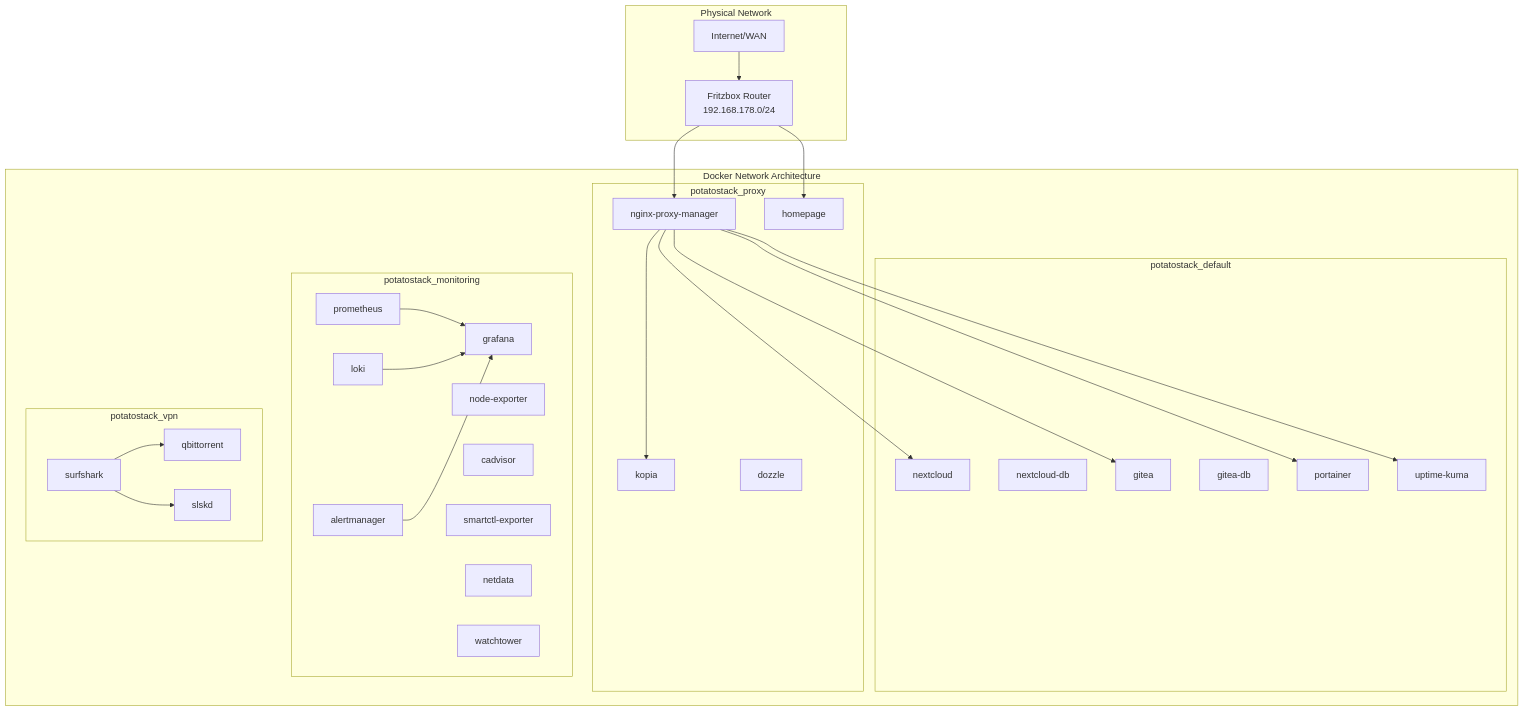
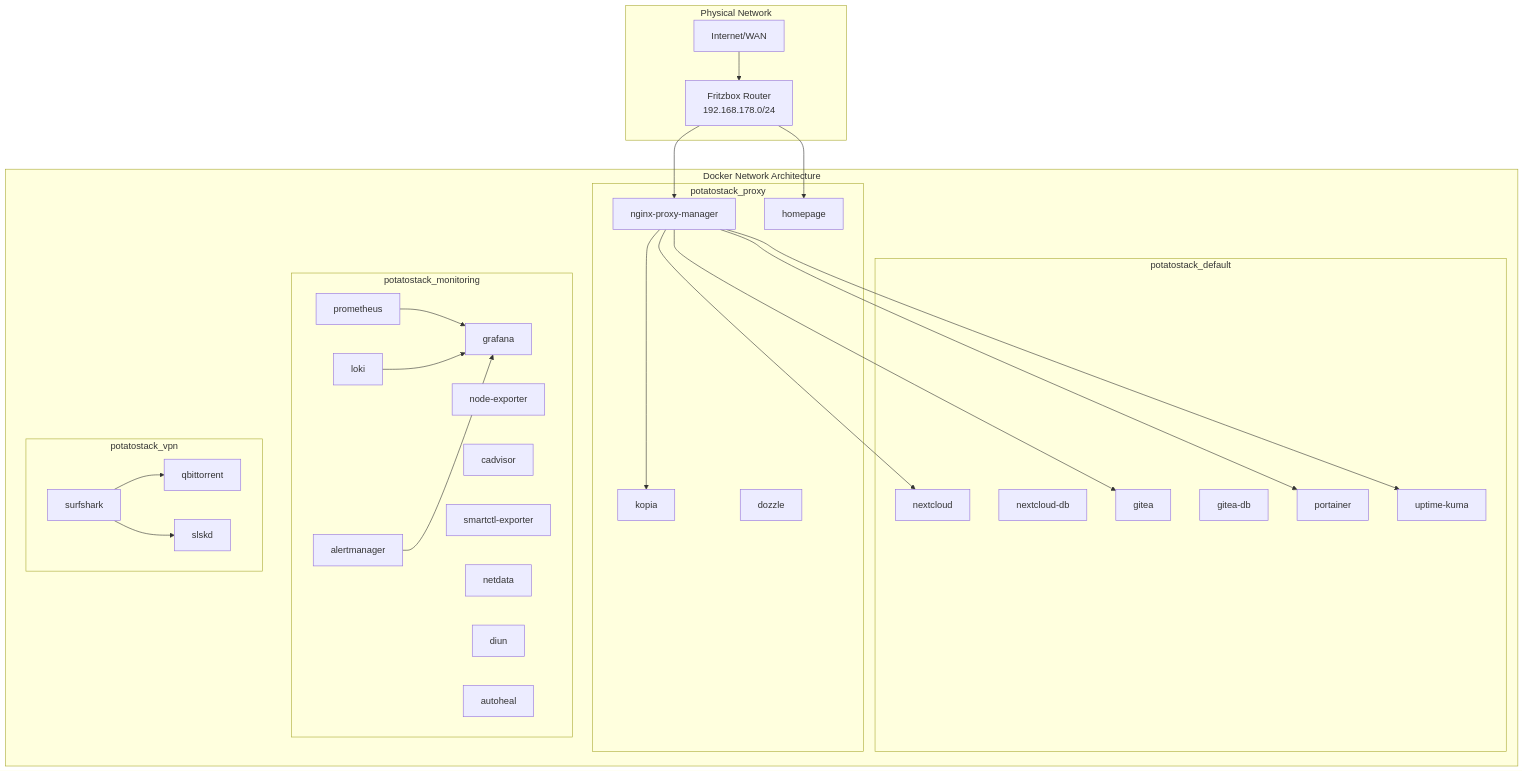
The sixth of 10 diagrams in docs/ENTERPRISE_ARCHITECTURE.md (fishingpvalues/potatostack), drawn with Mermaid before and after one commit. The commit also changed other lines of this file and 29 other files, not shown here.

````diff
--- a/docs/ENTERPRISE_ARCHITECTURE.md
+++ b/docs/ENTERPRISE_ARCHITECTURE.md
@@ -372,60 +372,61 @@
 ```mermaid
 graph TB
     subgraph "Physical Network"
         WAN[Internet/WAN]
         ROUTER[Fritzbox Router<br/>192.168.178.0/24]
     end
     
     subgraph "Docker Network Architecture"
         subgraph "potatostack_default"
             NC[nextcloud]
             NCDB[nextcloud-db]
             GT[gitea]
             GTDB[gitea-db]
             PE[portainer]
             UK[uptime-kuma]
         end
         
         subgraph "potatostack_proxy"
             NPM[nginx-proxy-manager]
             HP[homepage]
             KOP[kopia]
             DW[dozzle]
         end
         
         subgraph "potatostack_monitoring"
             PM[prometheus]
             GF[grafana]
             LK[loki]
             AM[alertmanager]
             NE[node-exporter]
             CA[cadvisor]
             SE[smartctl-exporter]
             NETD[netdata]
-            WT[watchtower]
+            DN[diun]
+            AH[autoheal]
         end
         
         subgraph "potatostack_vpn"
             VPN[surfshark]
             QBT[qbittorrent]
             SLSK[slskd]
         end
     end
     
     WAN --> ROUTER
     ROUTER --> NPM
     ROUTER --> HP
     
     NPM --> NC
     NPM --> GT
     NPM --> KOP
     NPM --> PE
     NPM --> UK
     
     VPN --> QBT
     VPN --> SLSK
     
     PM --> GF
     LK --> GF
     AM --> GF
 ```
````
